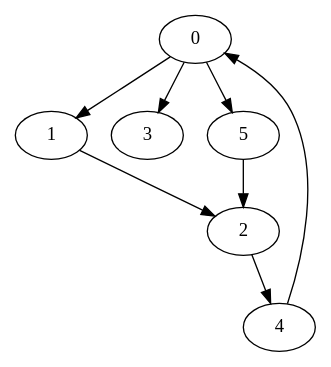
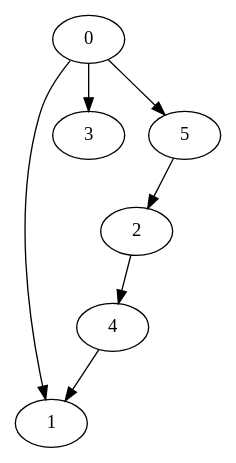
Before and after one commit to satvik007/codes_from_class: the diagram in Algorithms and Data Sturctures/Week3/topologicalSort/out.dot, drawn with Graphviz. The commit also changed 11 other files, not shown here.

```diff
--- a/Algorithms and Data Sturctures/Week3/topologicalSort/out.dot
+++ b/Algorithms and Data Sturctures/Week3/topologicalSort/out.dot
@@ -1,15 +1,14 @@
 digraph BFS{
 	0;
 	0 -> 1;
 	0 -> 3;
 	0 -> 5;
 	1;
-	1 -> 2;
 	2;
 	2 -> 4;
 	3;
 	4;
-	4 -> 0;
+	4 -> 1;
 	5;
 	5 -> 2;
 }
```
